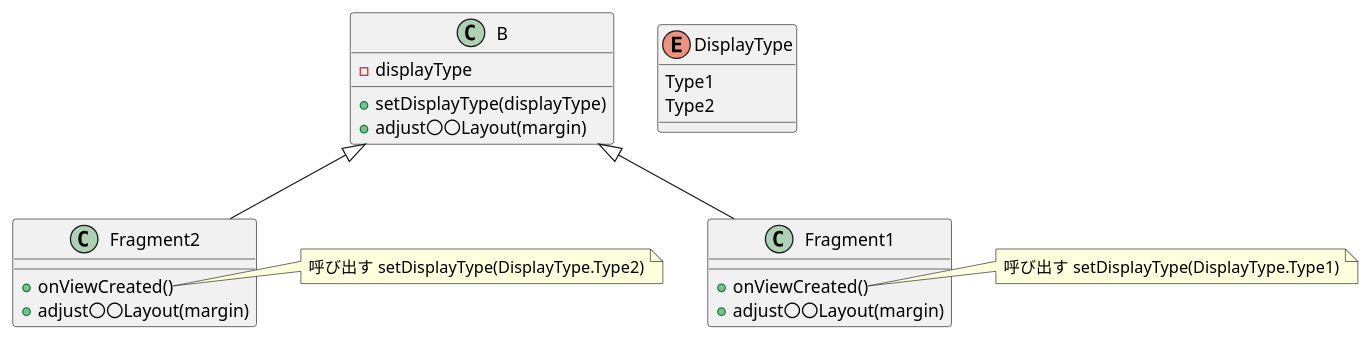
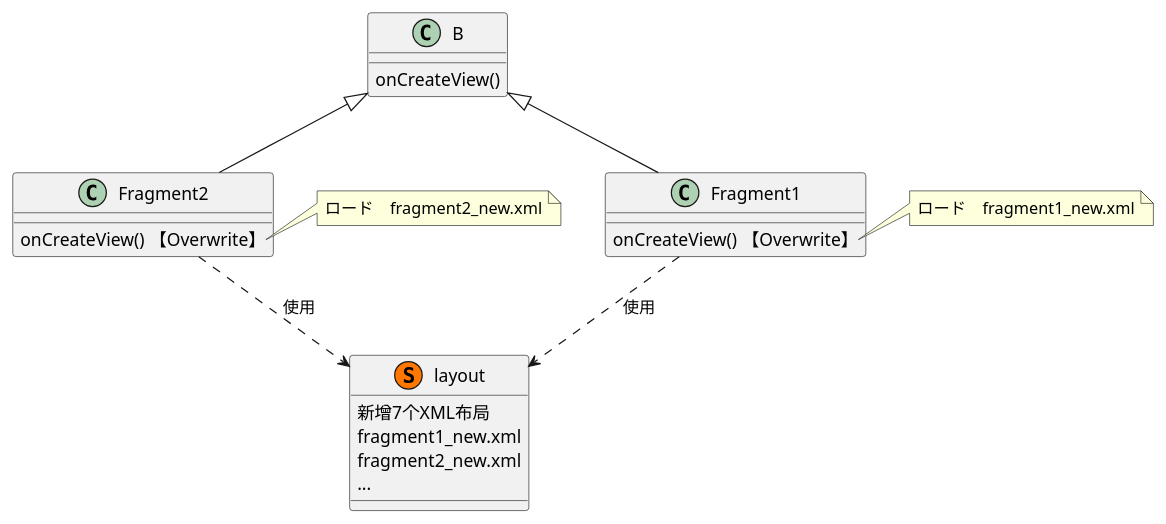
Before and after one commit to 198ai/test09: the diagram in README.md, drawn with PlantUML.

```diff
--- a/README.md
+++ b/README.md
@@ -1,28 +1,36 @@
 @startuml
 class B {
-  - displayType
-  + setDisplayType(displayType)
-  + adjust〇〇Layout(margin)
-}
-class Fragment1 extends B {
-  + onViewCreated()
-  + adjust〇〇Layout(margin)
-}
-class Fragment2 extends B {
-  + onViewCreated()
-  + adjust〇〇Layout(margin)
+
+onCreateView()
 }
 
-enum DisplayType {
-  Type1
-  Type2
+class Fragment1 extends B {
+
+onCreateView() 【Overwrite】
+}
+
+class Fragment2 extends B {
+
+onCreateView() 【Overwrite】
+}
+
+note right of Fragment2::onCreateView
+ロード　fragment2_new.xml
+end note
+
+note right of Fragment1::onCreateView
+ロード　fragment1_new.xml
+end note
+
+class layout << (S,#FF7700) >> {
+新增7个XML布局
+fragment1_new.xml
+fragment2_new.xml
+...
 }
 
 
-note right of Fragment2::onViewCreated
-  呼び出す setDisplayType(DisplayType.Type2)
-end note
-note right of Fragment1::onViewCreated
-  呼び出す setDisplayType(DisplayType.Type1)
-end note
+
+Fragment1 ..> layout : 使用
+Fragment2 ..> layout : 使用
 @enduml
```
